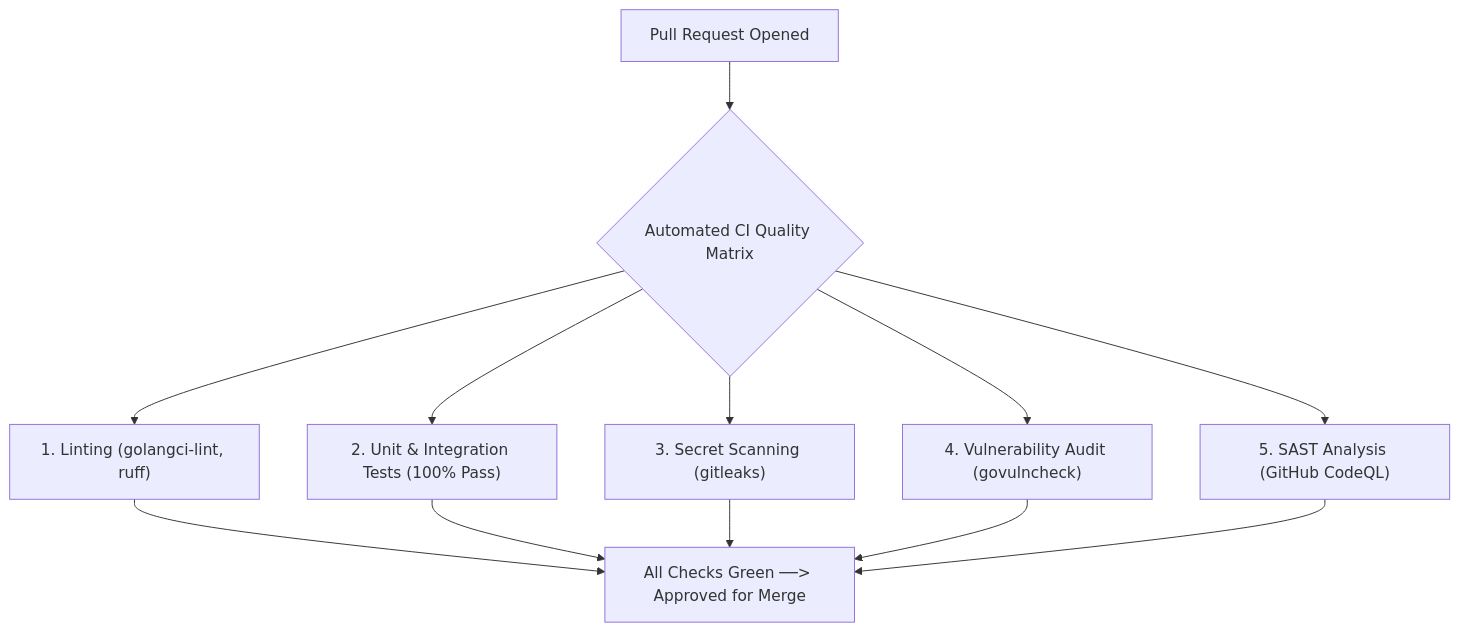
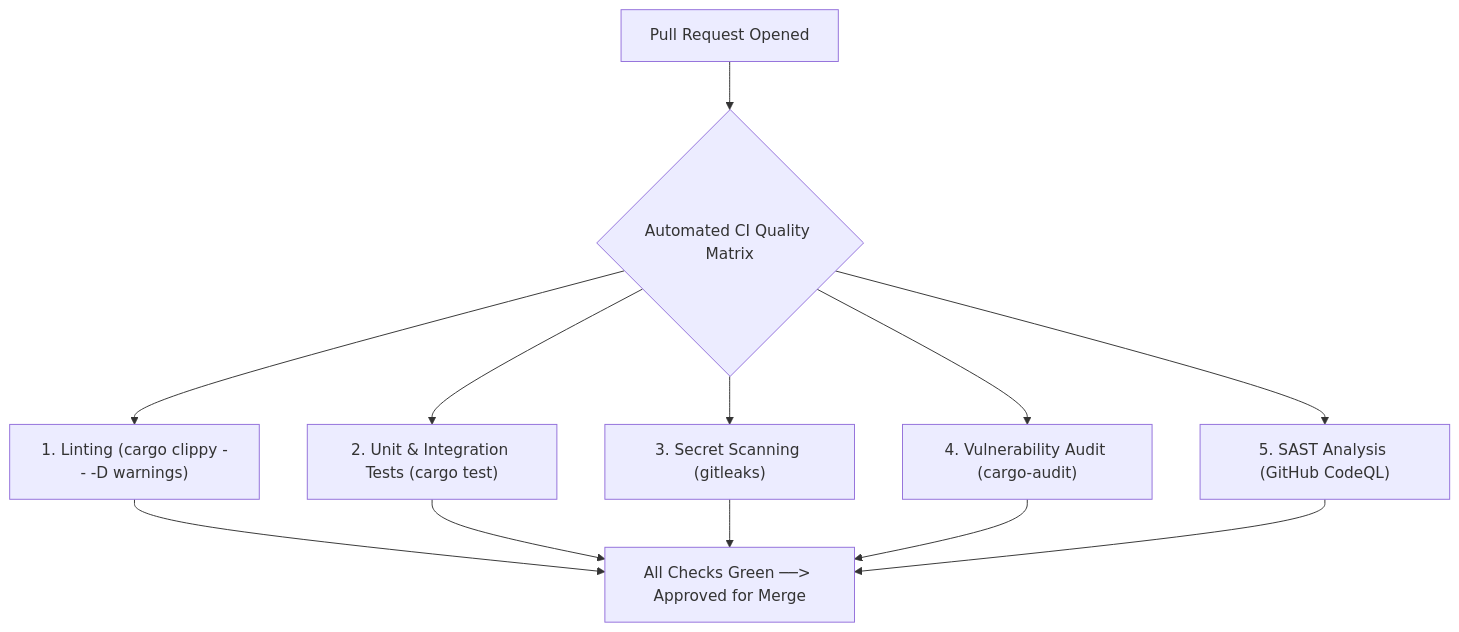
The second of 3 diagrams in docs/CI_CD.md (Subhadip-Paul2006/NETRA-Backend), drawn with Mermaid before and after one commit. The commit also changed other lines of this file and 13 other files, not shown here.

Commit message:
docs: finalize Rust-first systems architecture lock across all 16 specifications

````diff
--- a/docs/CI_CD.md
+++ b/docs/CI_CD.md
@@ -47,16 +47,16 @@
 ```mermaid
 flowchart TD
     PR["Pull Request Opened"] --> Matrix{"Automated CI Quality Matrix"}
 
-    Matrix --> L1["1. Linting (golangci-lint, ruff)"]
-    Matrix --> L2["2. Unit & Integration Tests (100% Pass)"]
+    Matrix --> L1["1. Linting (cargo clippy -- -D warnings)"]
+    Matrix --> L2["2. Unit & Integration Tests (cargo test)"]
     Matrix --> L3["3. Secret Scanning (gitleaks)"]
-    Matrix --> L4["4. Vulnerability Audit (govulncheck)"]
+    Matrix --> L4["4. Vulnerability Audit (cargo-audit)"]
     Matrix --> L5["5. SAST Analysis (GitHub CodeQL)"]
 
     L1 --> Merge["All Checks Green ──> Approved for Merge"]
     L2 --> Merge
     L3 --> Merge
     L4 --> Merge
     L5 --> Merge
 ```
````
